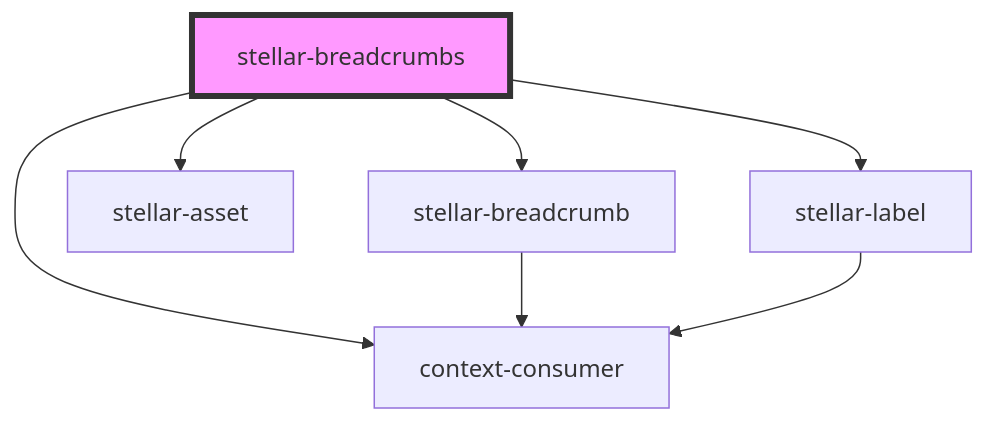
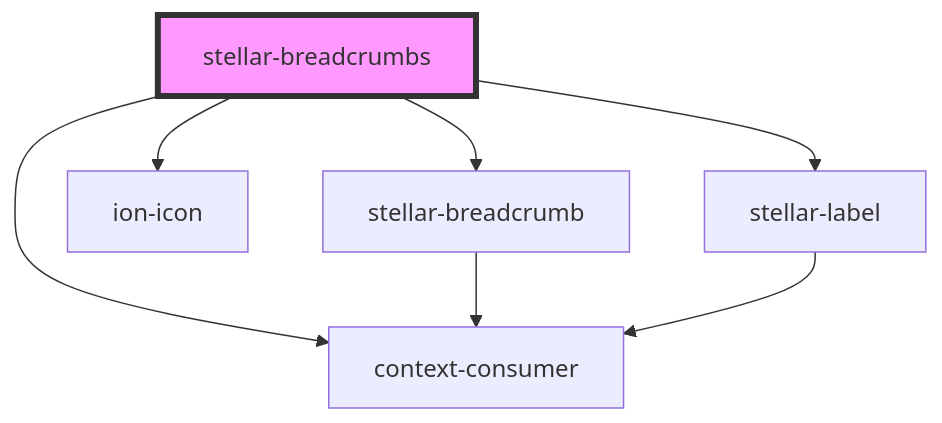
Before and after one commit to splitinfinities/Stellar: the diagram in src/components/ui/breadcrumbs/readme.md, drawn with Mermaid. The commit also changed other lines of this file and 108 other files, not shown here.

Commit message:
Remove stellar-asset.

````diff
--- a/src/components/ui/breadcrumbs/readme.md
+++ b/src/components/ui/breadcrumbs/readme.md
@@ -61,10 +61,10 @@
 ```mermaid
 graph TD;
   stellar-breadcrumbs --> stellar-breadcrumb
-  stellar-breadcrumbs --> stellar-asset
+  stellar-breadcrumbs --> ion-icon
   stellar-breadcrumbs --> stellar-label
   stellar-breadcrumbs --> context-consumer
   stellar-breadcrumb --> context-consumer
   stellar-label --> context-consumer
   style stellar-breadcrumbs fill:#f9f,stroke:#333,stroke-width:4px
 ```
````
